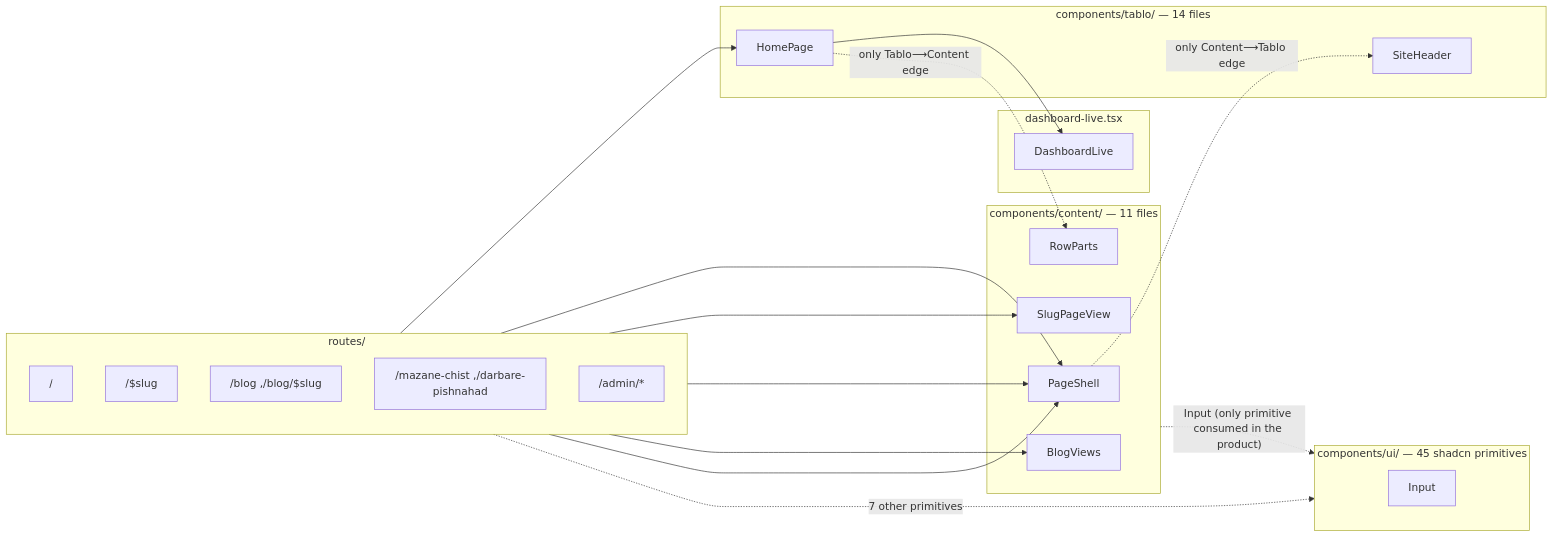
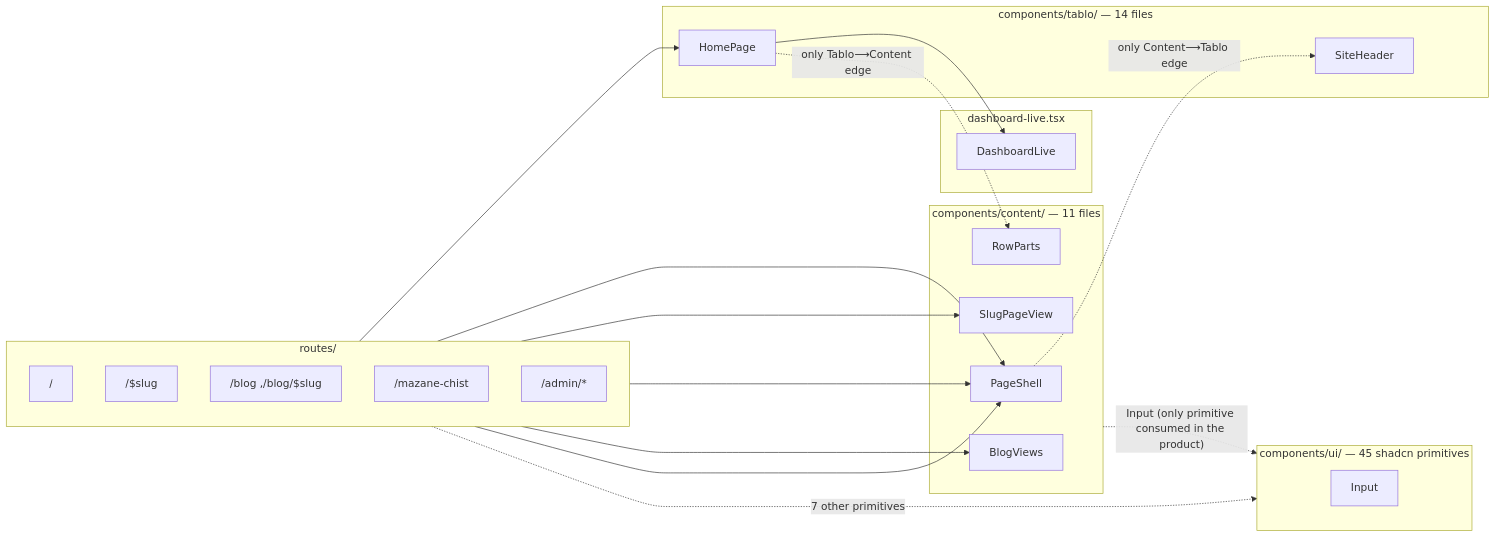
One commit to smzerehpoush/mazane.online changed the diagram in docs/02-design-components.md. Above: the diagram before and after it, drawn with Mermaid. The commit also changed other lines of this file and 23 other files, not shown here.

````diff
--- a/docs/02-design-components.md
+++ b/docs/02-design-components.md
@@ -31,44 +31,44 @@
 ```mermaid
 flowchart LR
     subgraph R["routes/"]
         direction TB
         Rhome["/"]
         Rslug["/$slug"]
         Rblog["/blog ,/blog/$slug"]
-        Rstatic["/mazane-chist ,/darbare-pishnahad"]
+        Rstatic["/mazane-chist"]
         Radmin["/admin/*"]
     end
 
     subgraph T["components/tablo/ — 14 files"]
         HomePage
         SiteHeader
     end
 
     subgraph DL["dashboard-live.tsx"]
         DashboardLive
     end
 
     subgraph C["components/content/ — 11 files"]
         PageShell
         SlugPageView
         BlogViews
         RowParts
     end
 
     subgraph U["components/ui/ — 45 shadcn primitives"]
         Input
     end
 
     Rhome --> HomePage
     Rslug --> PageShell
     Rslug --> SlugPageView
     Rblog --> PageShell
     Rblog --> BlogViews
     Rstatic --> PageShell
     Radmin -. "7 other primitives" .-> U
 
     HomePage --> DashboardLive
     HomePage -. "only Tablo⟶Content edge" .-> RowParts
     PageShell -. "only Content⟶Tablo edge" .-> SiteHeader
     C -. "Input (only primitive consumed in the product)" .-> U
 ```
````
